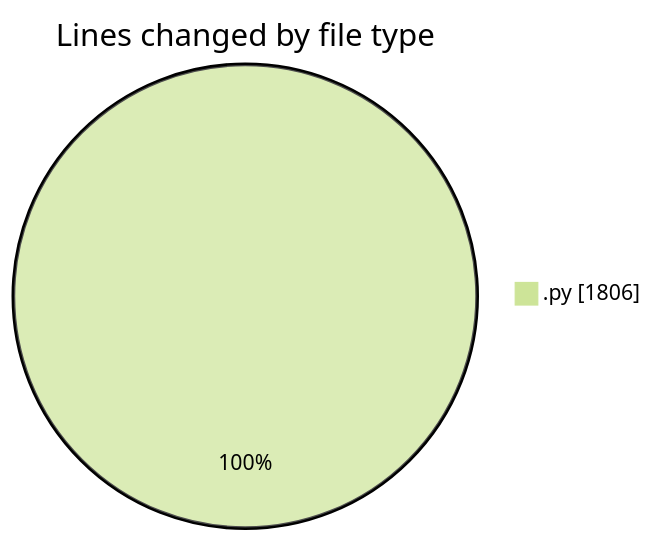
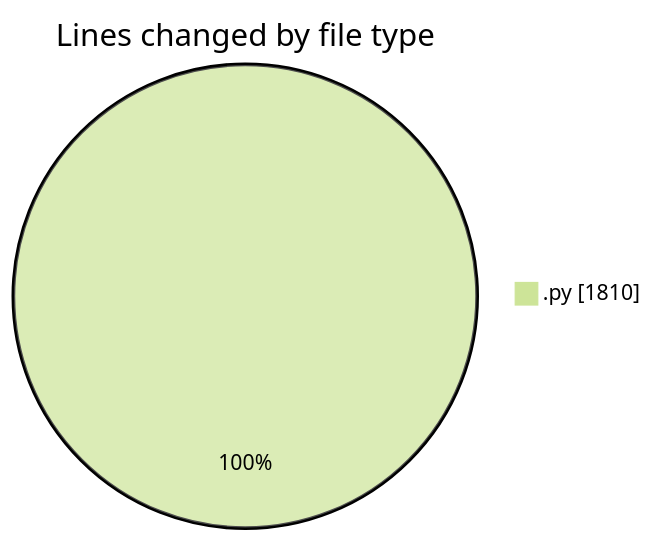
One commit to julien-gomy/code-tracking changed the first of 2 diagrams in 2025-11-27/eventscop-api-guide__workspace_/README.md. Above: the diagram before and after it, drawn with Mermaid (forest theme). The commit also changed other lines of this file and 1 other file, not shown here.

````diff
--- a/2025-11-27/eventscop-api-guide__workspace_/README.md
+++ b/2025-11-27/eventscop-api-guide__workspace_/README.md
@@ -22,5 +22,5 @@
 ```mermaid
 pie showData
 title Lines changed by file type
-".py" : 1806
+".py" : 1810
 ```
````
